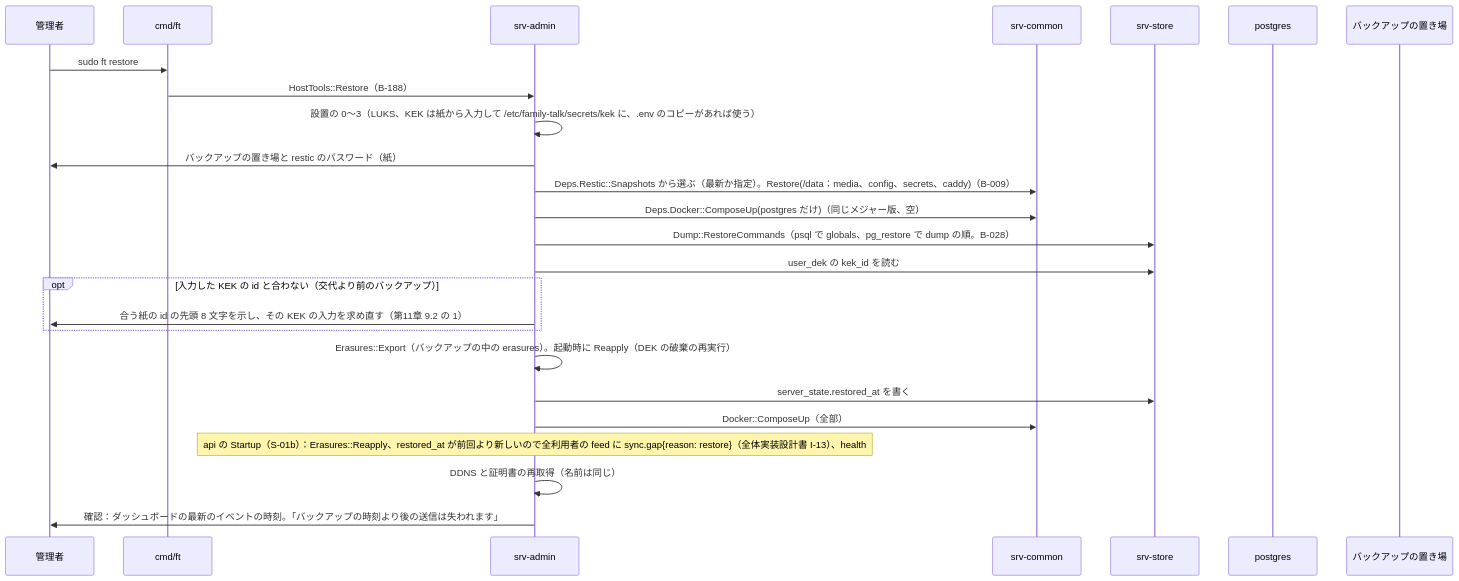
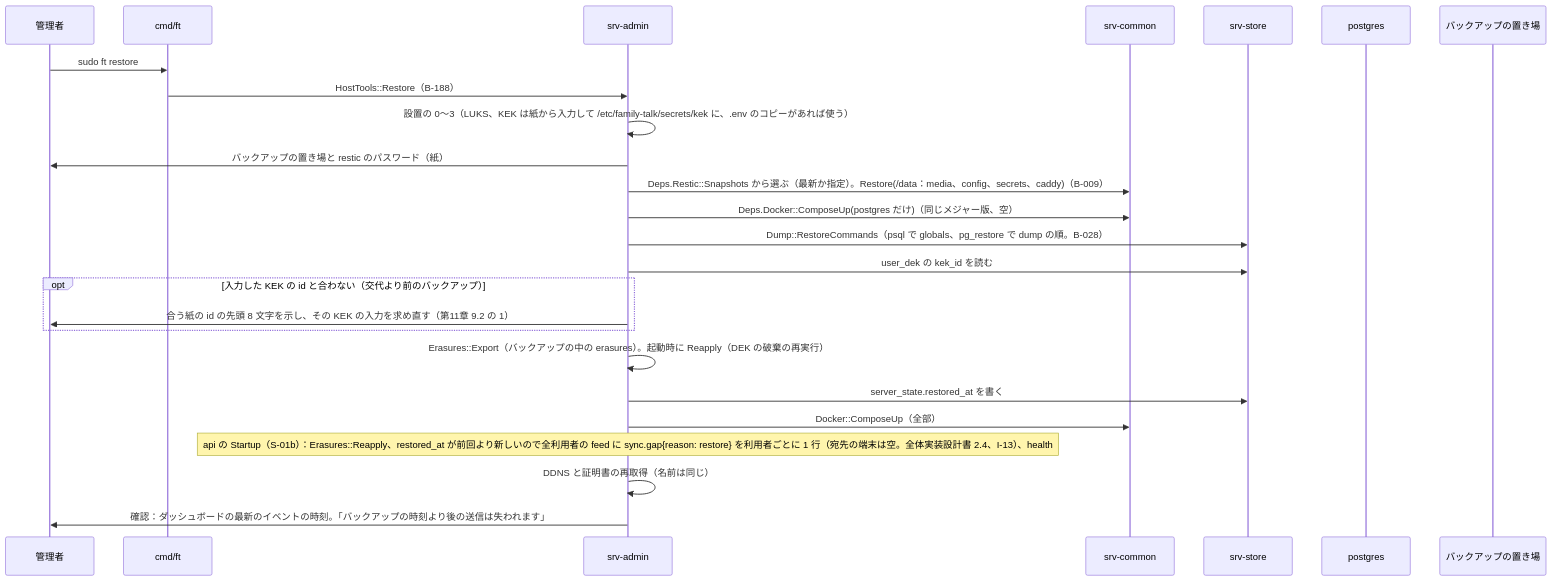
The first of 4 diagrams in dev/docs/jp/シーケンス/13_保守.md (nrsd-ishikawasou/family-talk-pwa), drawn with Mermaid before and after one commit. The commit also changed other lines of this file and 165 other files, not shown here.

````diff
--- a/dev/docs/jp/シーケンス/13_保守.md
+++ b/dev/docs/jp/シーケンス/13_保守.md
@@ -16,27 +16,27 @@
 ```mermaid
 sequenceDiagram
   participant U as 管理者
   participant CF as cmd/ft
   participant AD as srv-admin
   participant CM as srv-common
   participant ST as srv-store
   participant PG as postgres
   participant EXT as バックアップの置き場
   U->>CF: sudo ft restore
   CF->>AD: HostTools::Restore（B-188）
   AD->>AD: 設置の 0〜3（LUKS、KEK は紙から入力して /etc/family-talk/secrets/kek に、.env のコピーがあれば使う）
   AD->>U: バックアップの置き場と restic のパスワード（紙）
   AD->>CM: Deps.Restic::Snapshots から選ぶ（最新か指定）。Restore(/data：media、config、secrets、caddy)（B-009）
   AD->>CM: Deps.Docker::ComposeUp(postgres だけ)（同じメジャー版、空）
   AD->>ST: Dump::RestoreCommands（psql で globals、pg_restore で dump の順。B-028）
   AD->>ST: user_dek の kek_id を読む
   opt 入力した KEK の id と合わない（交代より前のバックアップ）
     AD->>U: 合う紙の id の先頭 8 文字を示し、その KEK の入力を求め直す（第11章 9.2 の 1）
   end
   AD->>AD: Erasures::Export（バックアップの中の erasures）。起動時に Reapply（DEK の破棄の再実行）
   AD->>ST: server_state.restored_at を書く
   AD->>CM: Docker::ComposeUp（全部）
-  Note over AD: api の Startup（S-01b）：Erasures::Reapply、restored_at が前回より新しいので全利用者の feed に sync.gap{reason: restore}（全体実装設計書 I-13）、health
+  Note over AD: api の Startup（S-01b）：Erasures::Reapply、restored_at が前回より新しいので全利用者の feed に sync.gap{reason: restore} を利用者ごとに 1 行（宛先の端末は空。全体実装設計書 2.4、I-13）、health
   AD->>AD: DDNS と証明書の再取得（名前は同じ）
   AD->>U: 確認：ダッシュボードの最新のイベントの時刻。「バックアップの時刻より後の送信は失われます」
 ```
````
